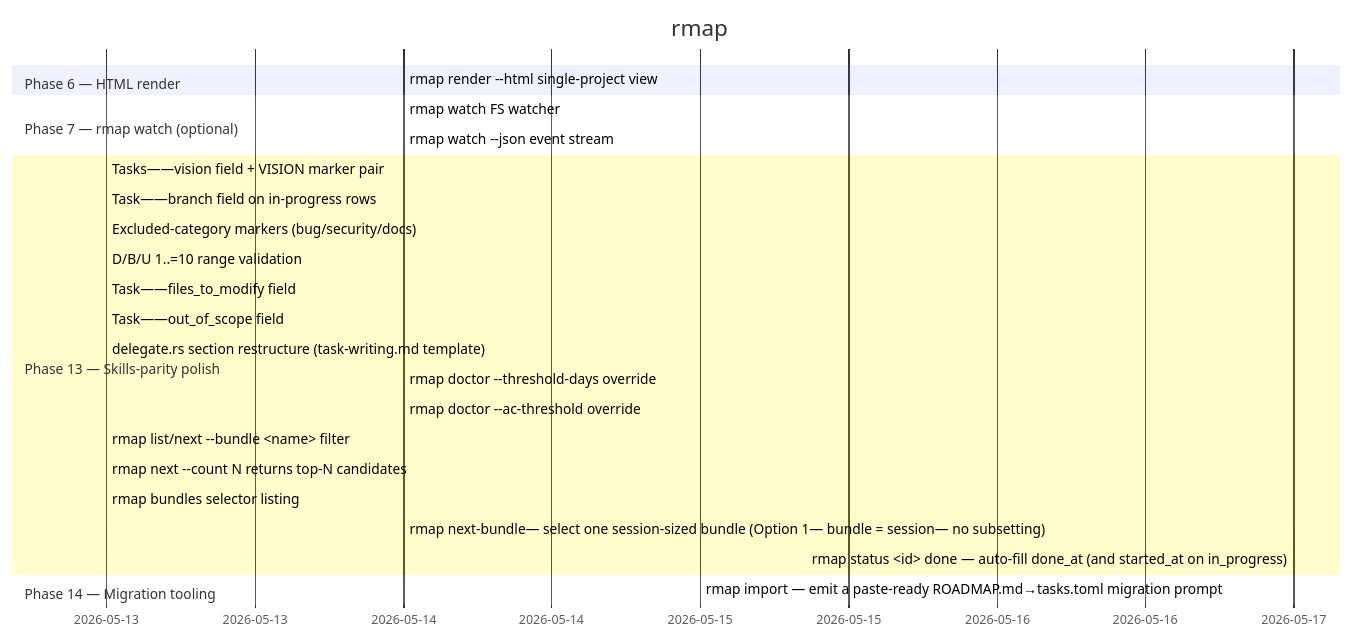
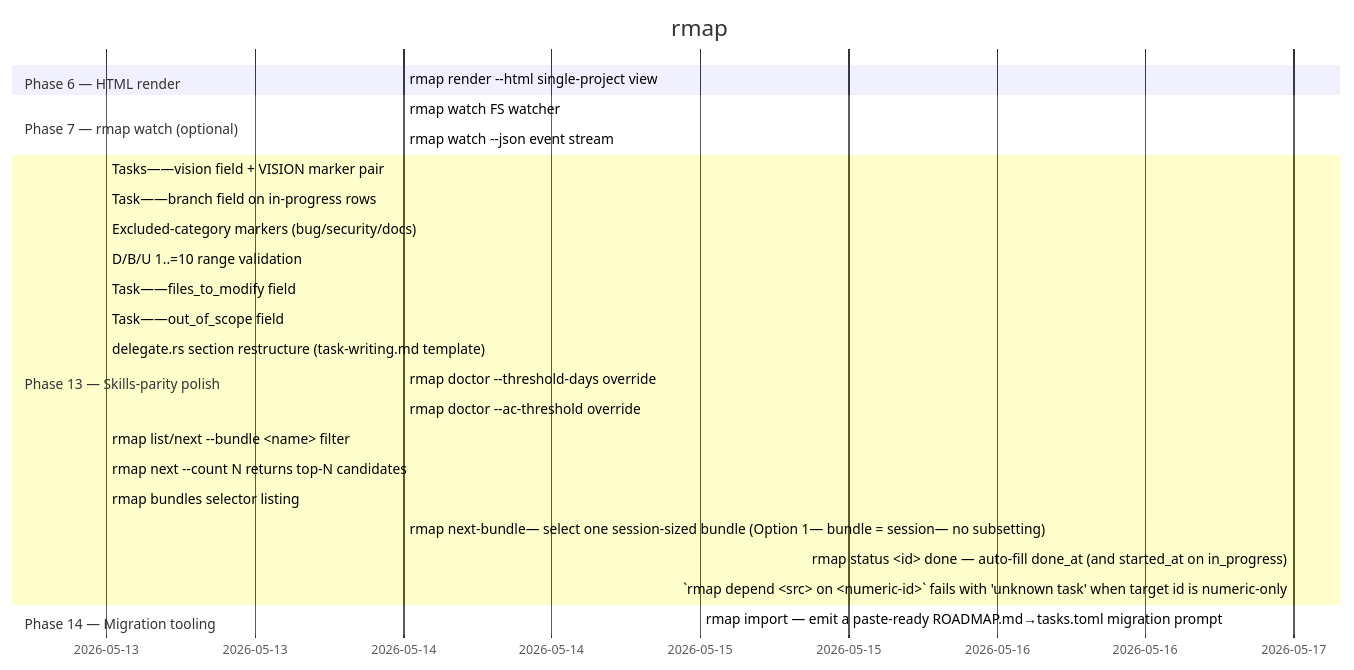
The diagram in ROADMAP.md (ZenHive/rmap), drawn with Mermaid before and after one commit. The commit also changed 5 other files, not shown here.

Commit message:
phase 13 task 23 (bug): rmap depend mirrors target id storage shape for numeric-only string ids

````diff
--- a/ROADMAP.md
+++ b/ROADMAP.md
@@ -14,27 +14,28 @@
 ```mermaid
 gantt
     title rmap
     dateFormat YYYY-MM-DD
     section Phase 6 — HTML render
     rmap render --html single-project view :done, 2026-05-14, 2026-05-14
     section Phase 7 — rmap watch (optional)
     rmap watch FS watcher :done, 2026-05-14, 2026-05-14
     rmap watch --json event stream :done, 2026-05-14, 2026-05-14
     section Phase 13 — Skills-parity polish
     Tasks——vision field + VISION marker pair :done, 2026-05-13, 2026-05-13
     Task——branch field on in-progress rows :done, 2026-05-13, 2026-05-13
     Excluded-category markers (bug/security/docs) :done, 2026-05-13, 2026-05-13
     D/B/U 1..=10 range validation :done, 2026-05-13, 2026-05-13
     Task——files_to_modify field :done, 2026-05-13, 2026-05-13
     Task——out_of_scope field :done, 2026-05-13, 2026-05-13
     delegate.rs section restructure (task-writing.md template) :done, 2026-05-13, 2026-05-13
     rmap doctor --threshold-days override :done, 2026-05-14, 2026-05-14
     rmap doctor --ac-threshold override :done, 2026-05-14, 2026-05-14
     rmap list/next --bundle <name> filter :done, 2026-05-13, 2026-05-13
     rmap next --count N returns top-N candidates :done, 2026-05-13, 2026-05-13
     rmap bundles selector listing :done, 2026-05-13, 2026-05-13
     rmap next-bundle— select one session-sized bundle (Option 1— bundle = session— no subsetting) :done, 2026-05-14, 2026-05-14
     rmap status <id> done — auto-fill done_at (and started_at on in_progress) :done, 2026-05-17, 2026-05-17
+    `rmap depend <src> on <numeric-id>` fails with 'unknown task' when target id is numeric-only :done, 2026-05-17, 2026-05-17
     section Phase 14 — Migration tooling
     rmap import — emit a paste-ready ROADMAP.md→tasks.toml migration prompt :done, 2026-05-15, 2026-05-15
 ```
````
